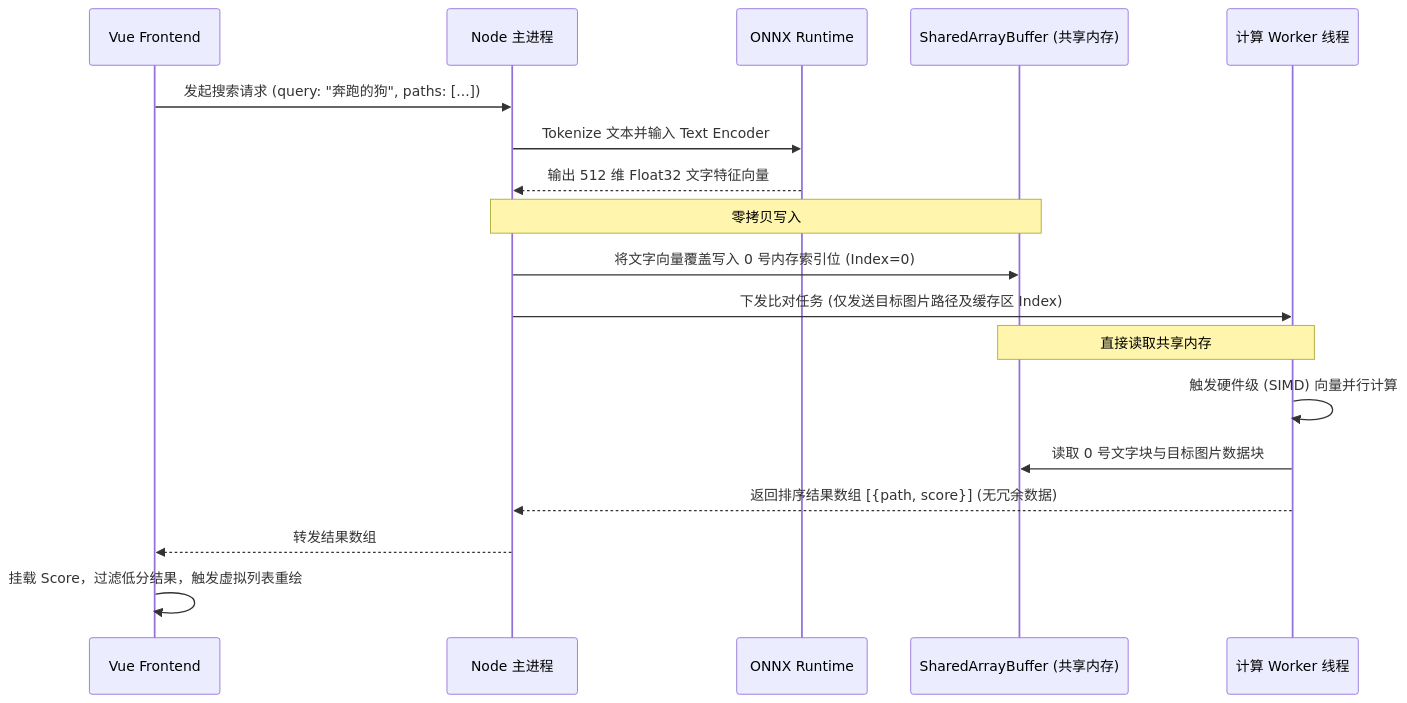
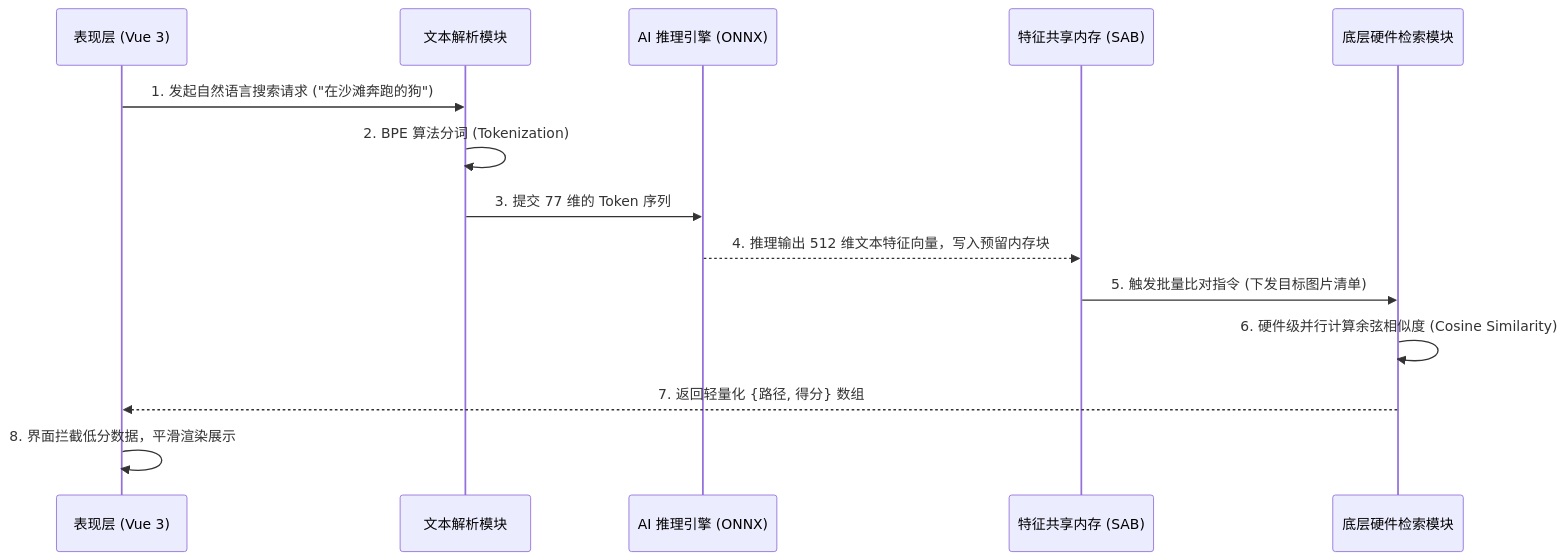
Before and after one commit to NovaMindLab/AIShare-Grabber: the diagram in wiki/features/semantic_search_architecture.md, drawn with Mermaid. The commit also changed other lines of this file, not shown here.

Commit message:
docs(wiki): rewrite semantic search architecture to accurately detail the end-to-end tokenization and SIMD vector pipeline

````diff
--- a/wiki/features/semantic_search_architecture.md
+++ b/wiki/features/semantic_search_architecture.md
@@ -39,25 +13,17 @@
 ```mermaid
 sequenceDiagram
-    participant Vue as Vue Frontend
-    participant Main as Node 主进程
-    participant ONNX as ONNX Runtime
-    participant SAB as SharedArrayBuffer (共享内存)
-    participant Worker as 计算 Worker 线程
+    participant Vue as 表现层 (Vue 3)
+    participant NLP as 文本解析模块
+    participant ONNX as AI 推理引擎 (ONNX)
+    participant Mem as 特征共享内存 (SAB)
+    participant SIMD as 底层硬件检索模块
 
-    Vue->>Main: 发起搜索请求 (query: "奔跑的狗", paths: [...])
-    Main->>ONNX: Tokenize 文本并输入 Text Encoder
-    ONNX-->>Main: 输出 512 维 Float32 文字特征向量
-    
-    Note over Main, SAB: 零拷贝写入
-    Main->>SAB: 将文字向量覆盖写入 0 号内存索引位 (Index=0)
-    
-    Main->>Worker: 下发比对任务 (仅发送目标图片路径及缓存区 Index)
-    
-    Note over Worker, SAB: 直接读取共享内存
-    Worker->>Worker: 触发硬件级 (SIMD) 向量并行计算
-    Worker->>SAB: 读取 0 号文字块与目标图片数据块
-    Worker-->>Main: 返回排序结果数组 [{path, score}] (无冗余数据)
-    
-    Main-->>Vue: 转发结果数组
-    Vue->>Vue: 挂载 Score，过滤低分结果，触发虚拟列表重绘
+    Vue->>NLP: 1. 发起自然语言搜索请求 ("在沙滩奔跑的狗")
+    NLP->>NLP: 2. BPE 算法分词 (Tokenization)
+    NLP->>ONNX: 3. 提交 77 维的 Token 序列
+    ONNX-->>Mem: 4. 推理输出 512 维文本特征向量，写入预留内存块
+    Mem->>SIMD: 5. 触发批量比对指令 (下发目标图片清单)
+    SIMD->>SIMD: 6. 硬件级并行计算余弦相似度 (Cosine Similarity)
+    SIMD-->>Vue: 7. 返回轻量化 {路径, 得分} 数组
+    Vue->>Vue: 8. 界面拦截低分数据，平滑渲染展示
 ```
````
